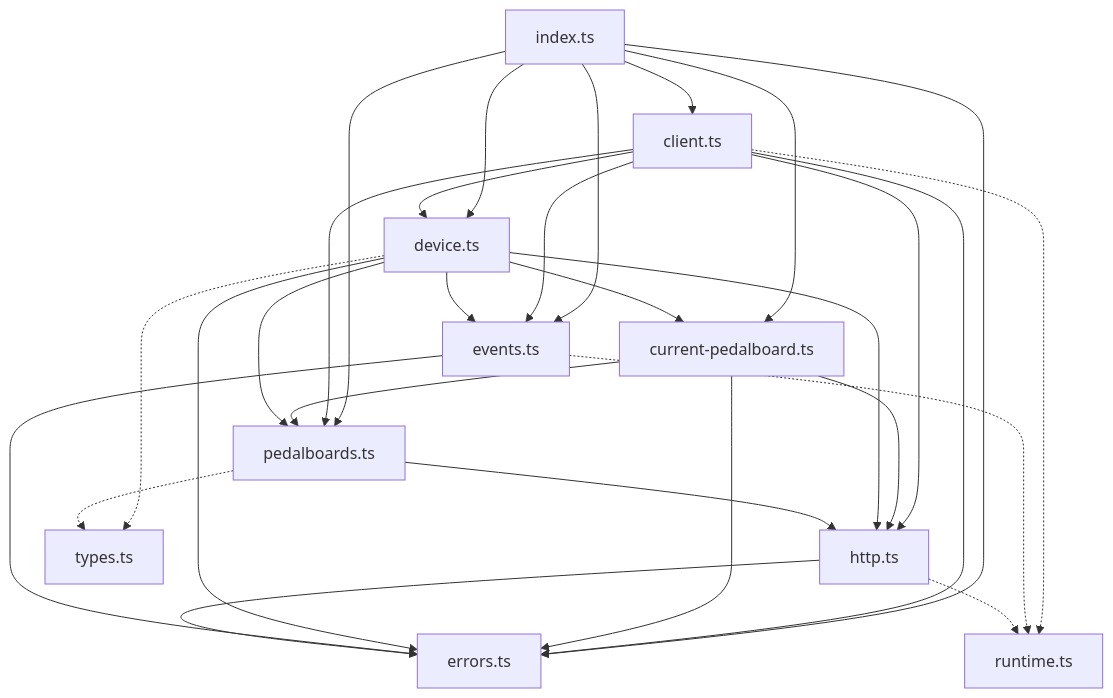
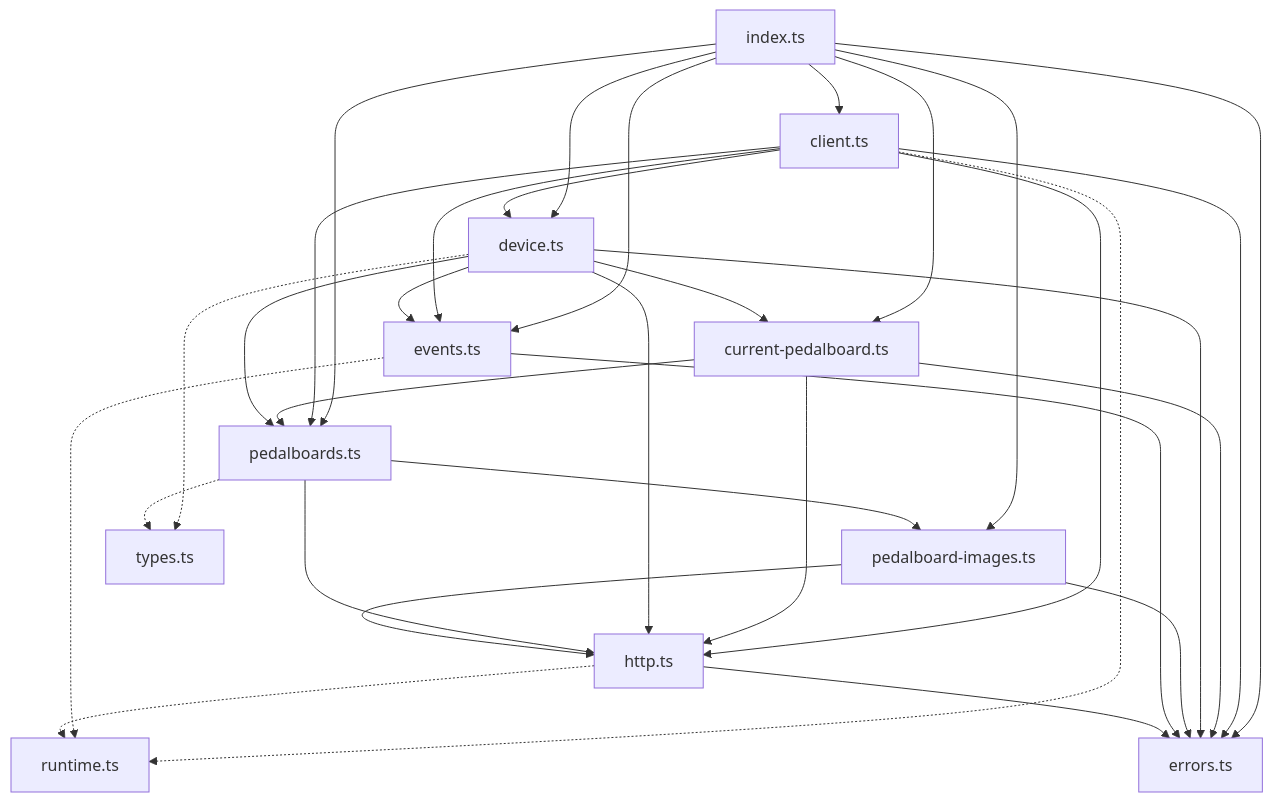
Before and after one commit to SrMouraSilva/mod-ui-old: the second of 12 diagrams in docs/modui-client.md, drawn with Mermaid. The commit also changed other lines of this file and 14 other files, not shown here.

````diff
--- a/docs/modui-client.md
+++ b/docs/modui-client.md
@@ -138,30 +149,34 @@
 ```mermaid
 flowchart TD
   index[index.ts] --> client[client.ts]
   index --> device
   index --> current[current-pedalboard.ts]
   index --> pedalboards
   index --> events
+  index --> images[pedalboard-images.ts]
   index --> errors
   client --> device[device.ts]
   client --> pedalboards[pedalboards.ts]
   client --> events[events.ts]
   client --> http[http.ts]
   client --> errors[errors.ts]
   device --> current
   current --> http
   current --> pedalboards
   current --> errors
   device --> events
   device --> http
   device --> pedalboards
   device --> errors
   pedalboards --> http
+  pedalboards --> images
+  images --> http
+  images --> errors
   events --> errors
   http --> errors
   client -.-> runtime[runtime.ts]
   events -.-> runtime
   http -.-> runtime
   device -.-> types[types.ts]
   pedalboards -.-> types
 ```
````
